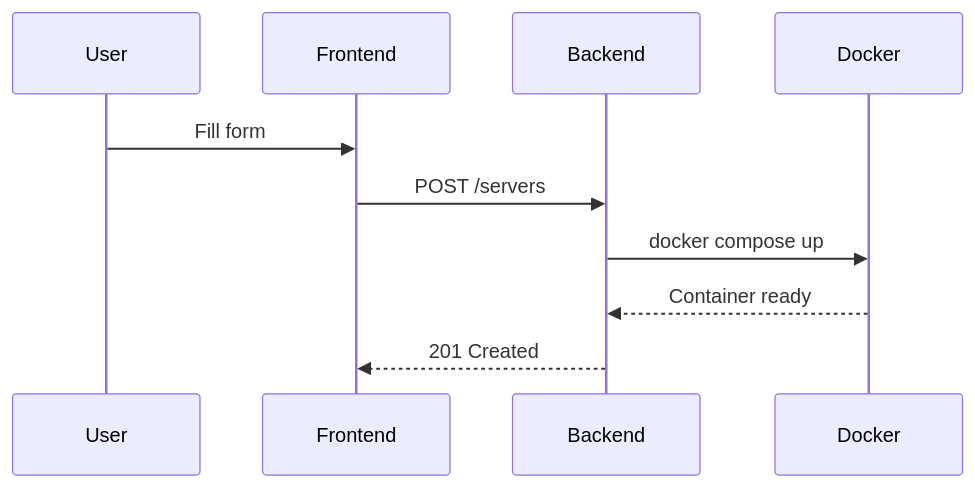
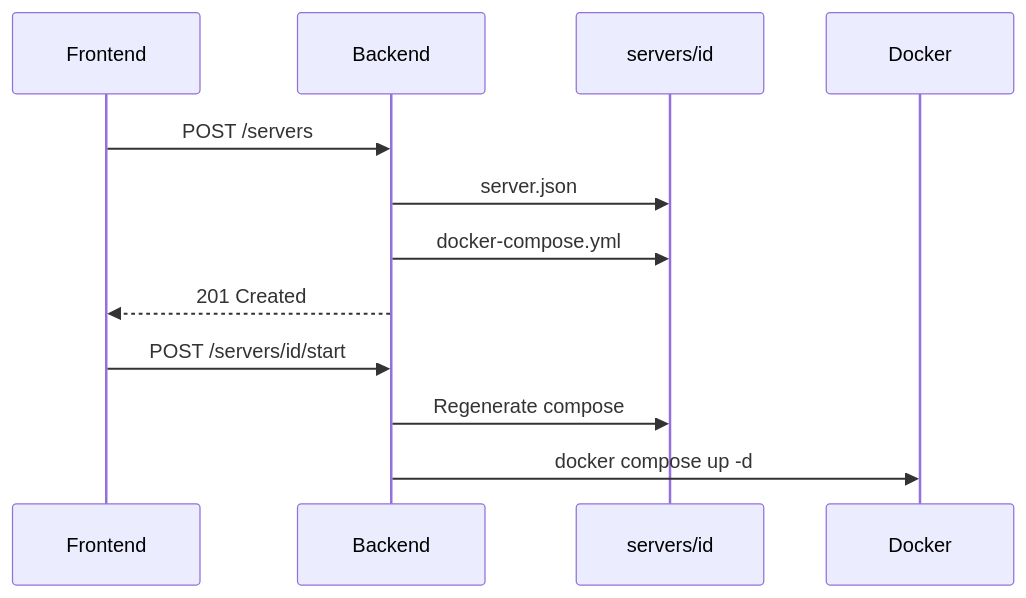
One commit to Ketbome/minepanel changed the second of 4 diagrams in doc/architecture.md. Above: the diagram before and after it, drawn with Mermaid. The commit also changed other lines of this file and 56 other files, not shown here.

First line of the commit message:
docs: current screenshots and diagrams across the whole site (#333)

````diff
--- a/doc/architecture.md
+++ b/doc/architecture.md
@@ -61,8 +63,14 @@
 ```mermaid
 sequenceDiagram
-    User->>Frontend: Fill form
-    Frontend->>Backend: POST /servers
-    Backend->>Docker: docker compose up
-    Docker-->>Backend: Container ready
-    Backend-->>Frontend: 201 Created
+    participant UI as Frontend
+    participant API as Backend
+    participant FS as servers/id
+    participant D as Docker
+    UI->>API: POST /servers
+    API->>FS: server.json
+    API->>FS: docker-compose.yml
+    API-->>UI: 201 Created
+    UI->>API: POST /servers/id/start
+    API->>FS: Regenerate compose
+    API->>D: docker compose up -d
 ```
````
